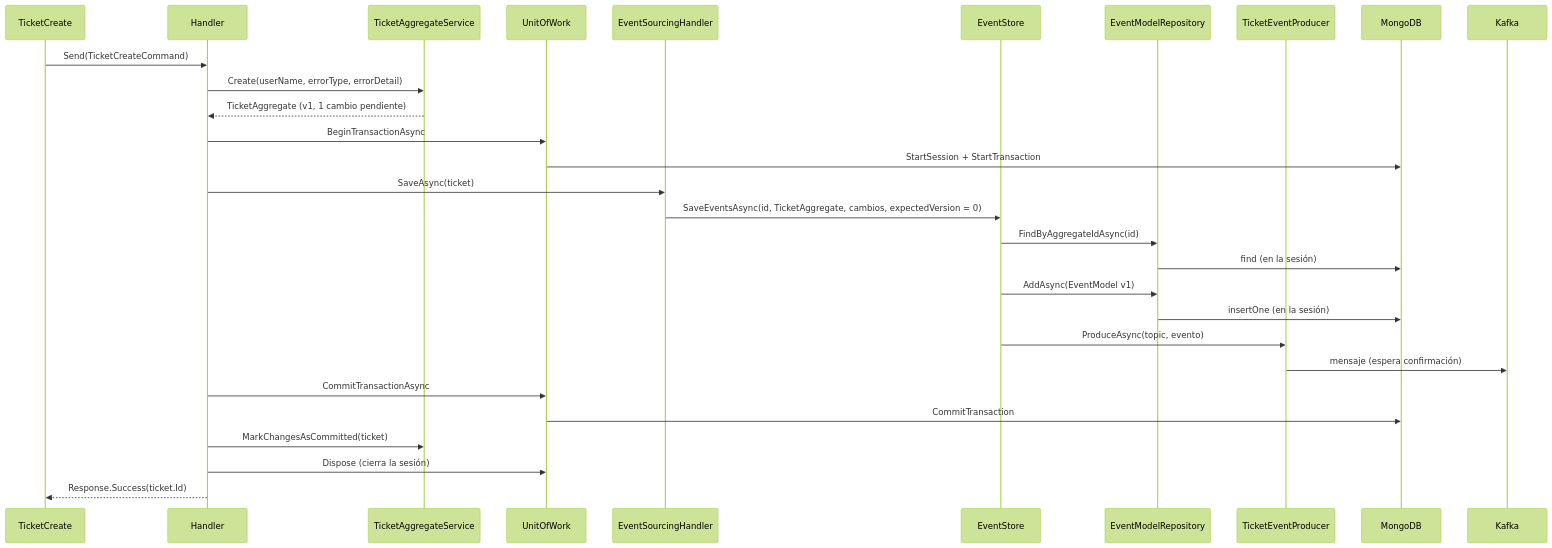
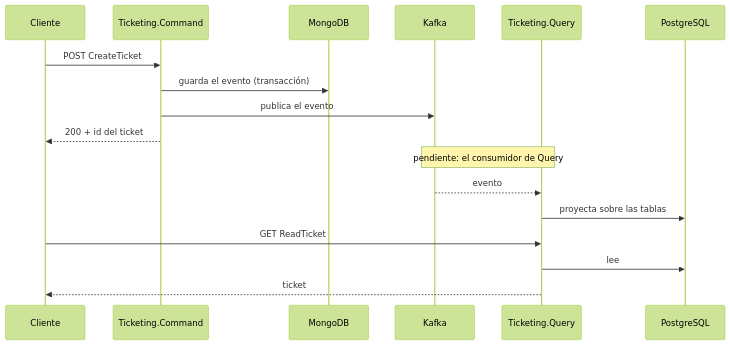
Before and after one commit to rubendevvalencia/BackendPortfolio: the second of 2 diagrams in Microservices-Events/docs/arquitectura.md, drawn with Mermaid (forest theme). The commit also changed other lines of this file and 10 other files, not shown here.

````diff
--- a/Microservices-Events/docs/arquitectura.md
+++ b/Microservices-Events/docs/arquitectura.md
@@ -327,31 +105,20 @@
 ```mermaid
 sequenceDiagram
-    participant C as TicketCreate
-    participant H as Handler
-    participant S as TicketAggregateService
-    participant U as UnitOfWork
-    participant E as EventSourcingHandler
-    participant ES as EventStore
-    participant R as EventModelRepository
-    participant P as TicketEventProducer
+    participant C as Cliente
+    participant CMD as Ticketing.Command
     participant M as MongoDB
     participant K as Kafka
-    C->>H: Send(TicketCreateCommand)
-    H->>S: Create(userName, errorType, errorDetail)
-    S-->>H: TicketAggregate (v1, 1 cambio pendiente)
-    H->>U: BeginTransactionAsync
-    U->>M: StartSession + StartTransaction
-    H->>E: SaveAsync(ticket)
-    E->>ES: SaveEventsAsync(id, TicketAggregate, cambios, expectedVersion = 0)
-    ES->>R: FindByAggregateIdAsync(id)
-    R->>M: find (en la sesión)
-    ES->>R: AddAsync(EventModel v1)
-    R->>M: insertOne (en la sesión)
-    ES->>P: ProduceAsync(topic, evento)
-    P->>K: mensaje (espera confirmación)
-    H->>U: CommitTransactionAsync
-    U->>M: CommitTransaction
-    H->>S: MarkChangesAsCommitted(ticket)
-    H->>U: Dispose (cierra la sesión)
-    H-->>C: Response.Success(ticket.Id)
+    participant QRY as Ticketing.Query
+    participant P as PostgreSQL
+
+    C->>CMD: POST CreateTicket
+    CMD->>M: guarda el evento (transacción)
+    CMD->>K: publica el evento
+    CMD-->>C: 200 + id del ticket
+    Note over K,QRY: pendiente: el consumidor de Query
+    K-->>QRY: evento
+    QRY->>P: proyecta sobre las tablas
+    C->>QRY: GET ReadTicket
+    QRY->>P: lee
+    QRY-->>C: ticket
 ```
````
